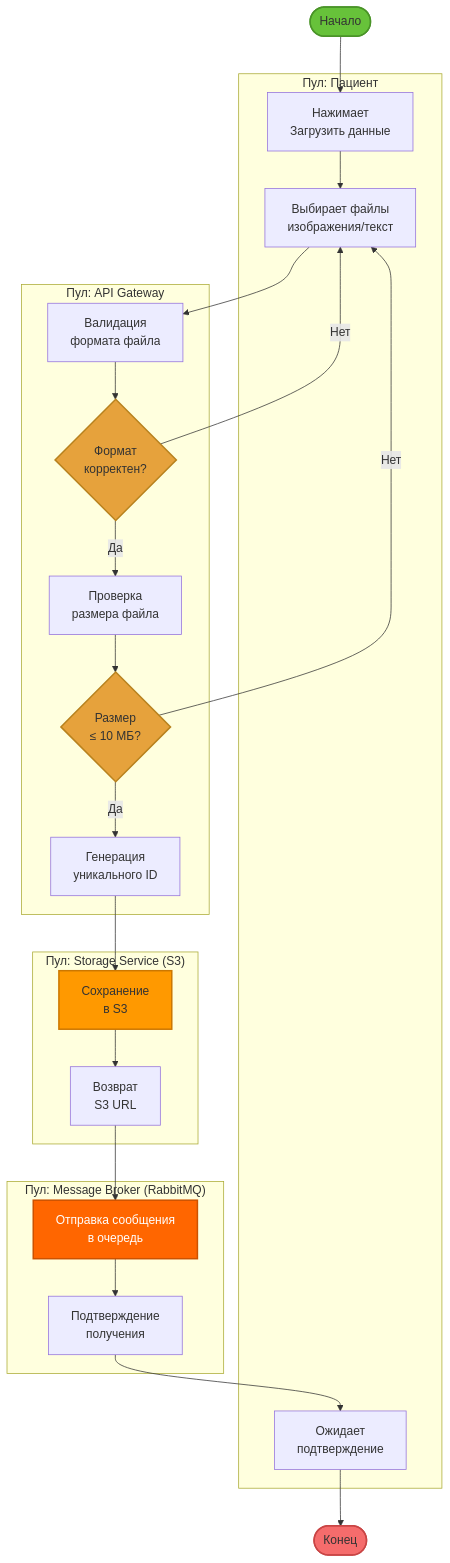
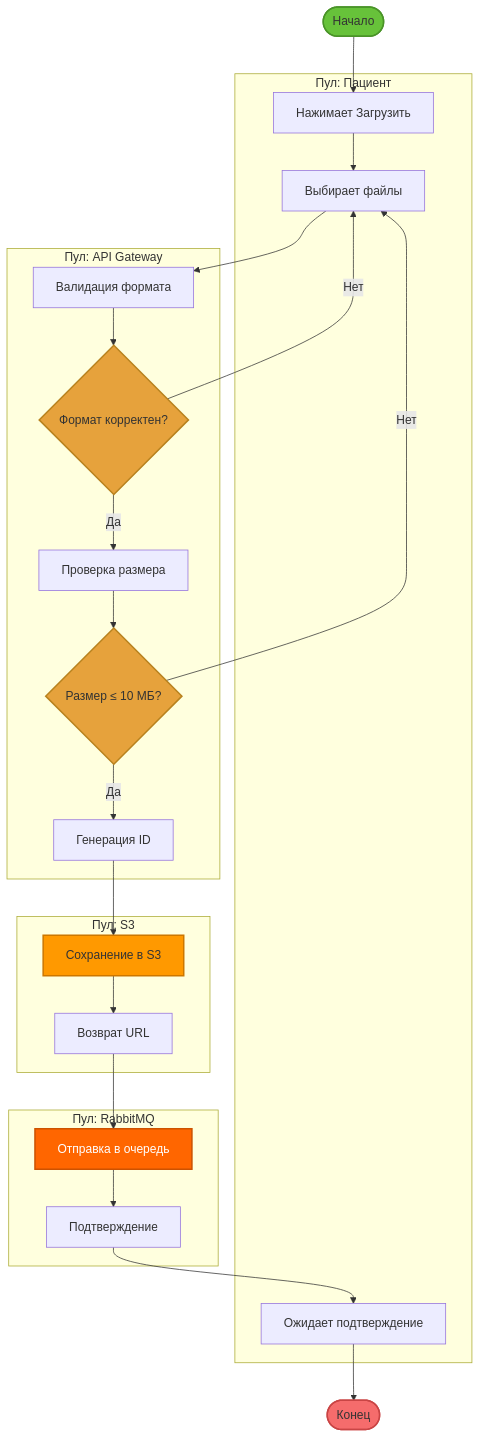
One commit to Edisheri/system-engineering-playbook changed the diagram in src/architecture/bpmn-scenario2.md. Above: the diagram before and after it, drawn with Mermaid. The commit also changed 3 other files, not shown here.

Commit message:
Optimize BPMN scenario diagrams: reduce text length and make more compact for screenshots

````diff
--- a/src/architecture/bpmn-scenario2.md
+++ b/src/architecture/bpmn-scenario2.md
@@ -11,51 +11,51 @@
 ```mermaid
 graph TB
     Start([Начало])
     
     subgraph "Пул: Пациент"
-        P1[Нажимает<br/>Загрузить данные]
-        P2[Выбирает файлы<br/>изображения/текст]
-        P3[Ожидает<br/>подтверждение]
+        P1[Нажимает Загрузить]
+        P2[Выбирает файлы]
+        P3[Ожидает подтверждение]
     end
     
     subgraph "Пул: API Gateway"
-        A1[Валидация<br/>формата файла]
-        A2{Формат<br/>корректен?}
-        A3[Проверка<br/>размера файла]
-        A4{Размер<br/>≤ 10 МБ?}
-        A5[Генерация<br/>уникального ID]
+        A1[Валидация формата]
+        A2{Формат корректен?}
+        A3[Проверка размера]
+        A4{Размер ≤ 10 МБ?}
+        A5[Генерация ID]
     end
     
-    subgraph "Пул: Storage Service (S3)"
-        S1[Сохранение<br/>в S3]
-        S2[Возврат<br/>S3 URL]
+    subgraph "Пул: S3"
+        S1[Сохранение в S3]
+        S2[Возврат URL]
     end
     
-    subgraph "Пул: Message Broker (RabbitMQ)"
-        M1[Отправка сообщения<br/>в очередь]
-        M2[Подтверждение<br/>получения]
+    subgraph "Пул: RabbitMQ"
+        M1[Отправка в очередь]
+        M2[Подтверждение]
     end
     
     Start --> P1
     P1 --> P2
     P2 --> A1
     A1 --> A2
     A2 -->|Нет| P2
     A2 -->|Да| A3
     A3 --> A4
     A4 -->|Нет| P2
     A4 -->|Да| A5
     A5 --> S1
     S1 --> S2
     S2 --> M1
     M1 --> M2
     M2 --> P3
     P3 --> End([Конец])
     
     style Start fill:#67c23a,stroke:#4a9428,stroke-width:2px
     style End fill:#f56c6c,stroke:#c94545,stroke-width:2px
     style A2 fill:#e6a23c,stroke:#b8821e,stroke-width:2px
     style A4 fill:#e6a23c,stroke:#b8821e,stroke-width:2px
     style S1 fill:#ff9900,stroke:#cc7700,stroke-width:2px
     style M1 fill:#ff6600,stroke:#cc5200,stroke-width:2px,color:#fff
 ```
````
